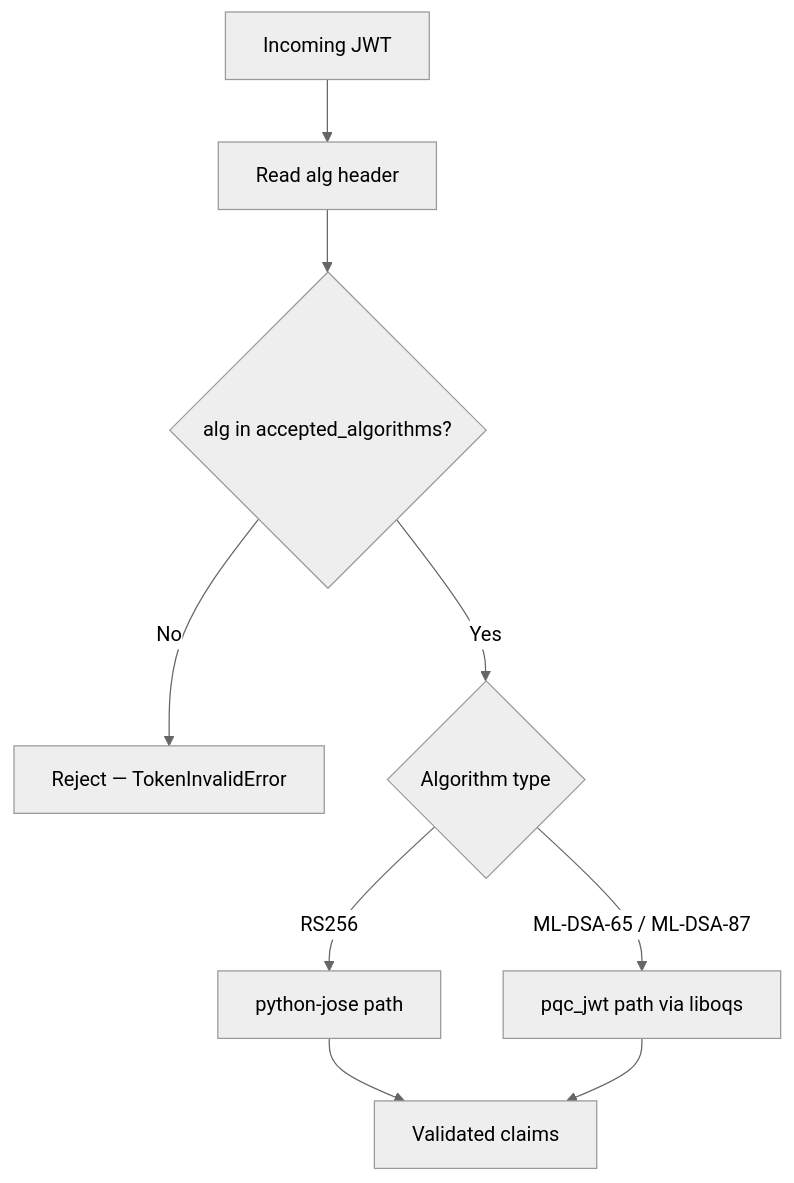
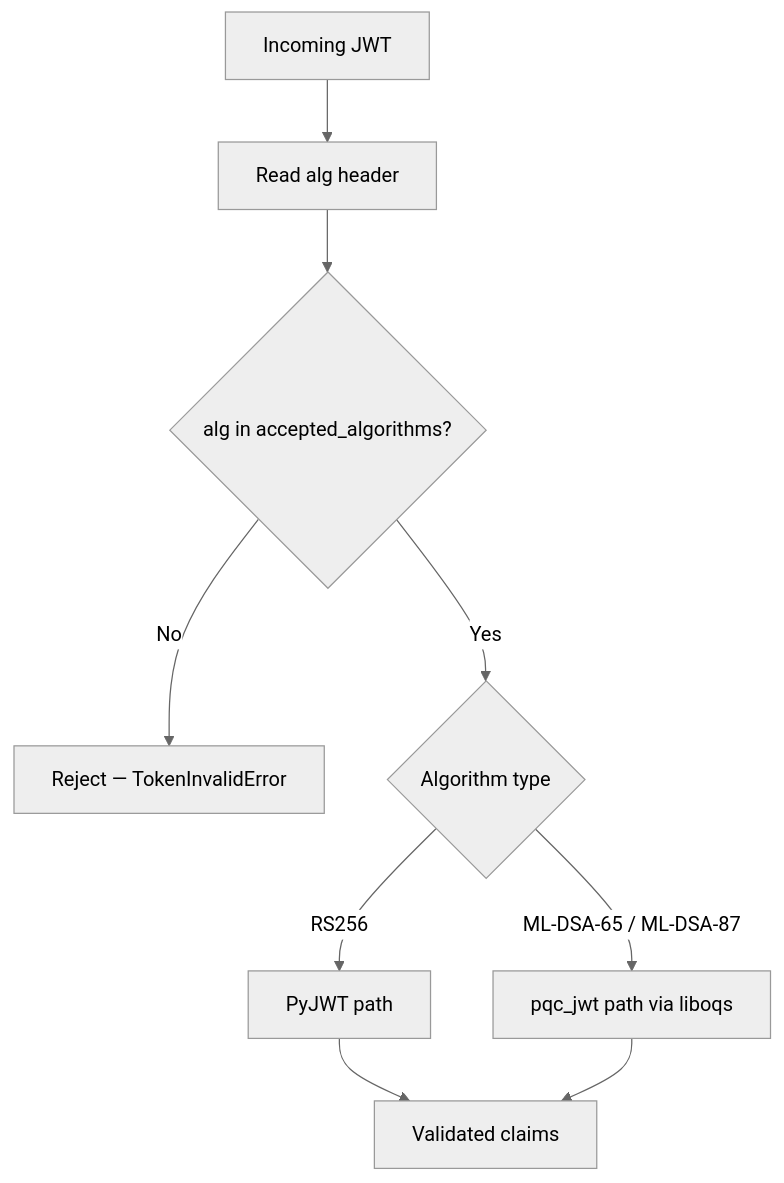
Before and after one commit to dperezcabrera/pico-client-auth: the sixth of 6 diagrams in docs/architecture.md, drawn with Mermaid (neutral theme). The commit also changed 6 other files, not shown here.

Commit message:
Backfill changelog to 0.5.0 and fix stale python-jose and fail-open docs

````diff
--- a/docs/architecture.md
+++ b/docs/architecture.md
@@ -228,11 +228,11 @@
 ```mermaid
 flowchart TD
     T[Incoming JWT] --> H[Read alg header]
     H --> C{alg in accepted_algorithms?}
     C -->|No| R[Reject — TokenInvalidError]
     C -->|Yes| D{Algorithm type}
-    D -->|RS256| J[python-jose path]
+    D -->|RS256| J[PyJWT path]
     D -->|ML-DSA-65 / ML-DSA-87| P[pqc_jwt path via liboqs]
     J --> V[Validated claims]
     P --> V
 ```
````
